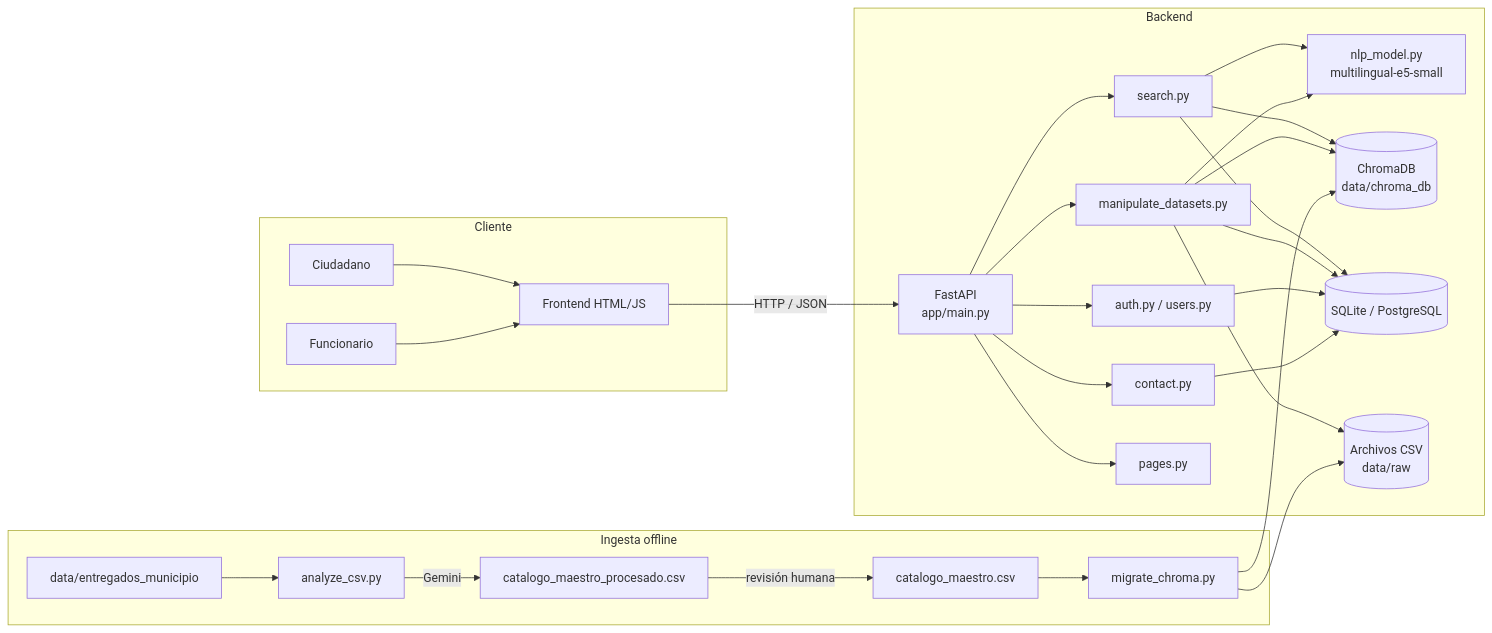
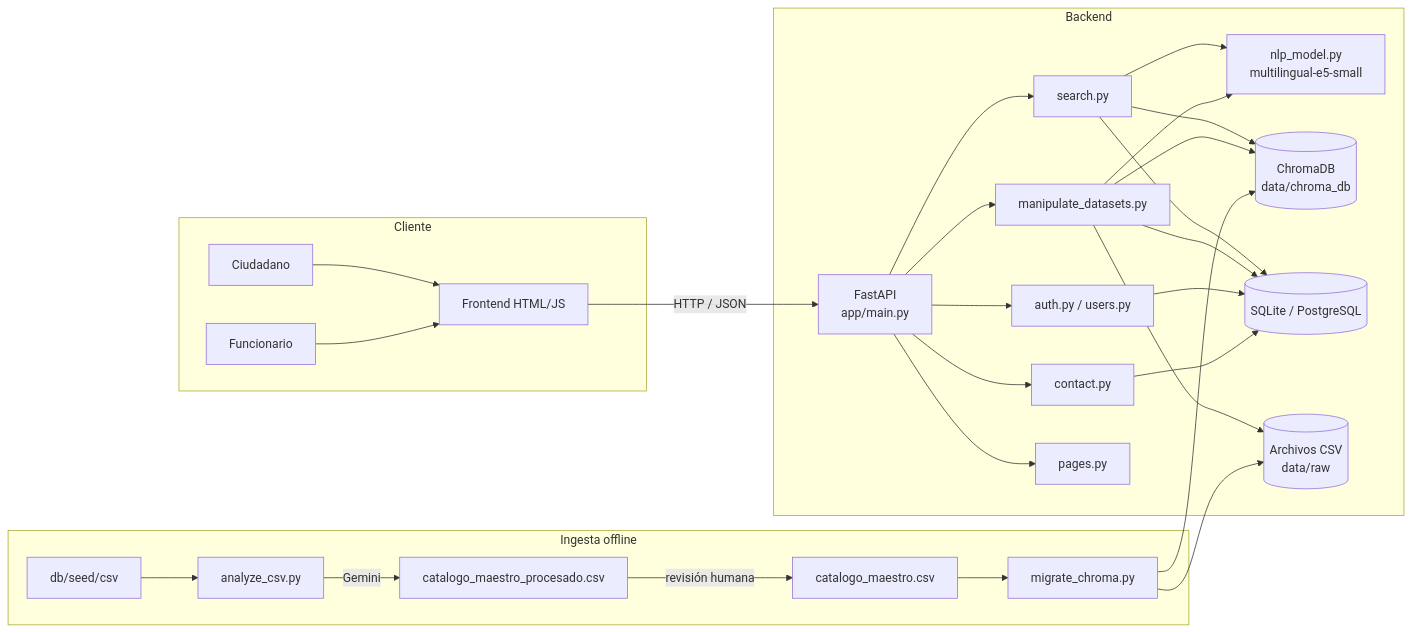
One commit to FMarin2401/buscador_semantico_datasets_gubernamental changed the first of 4 diagrams in docs/Documentación_Técnica_Buscador.md. Above: the diagram before and after it, drawn with Mermaid. The commit also changed other lines of this file and 122 other files, not shown here.

````diff
--- a/docs/Documentación_Técnica_Buscador.md
+++ b/docs/Documentación_Técnica_Buscador.md
@@ -65,28 +65,28 @@
 ```mermaid
 flowchart LR
     subgraph Cliente
         U[Ciudadano] --> FE[Frontend HTML/JS]
         A[Funcionario] --> FE
     end
 
     FE -->|HTTP / JSON| API[FastAPI<br/>app/main.py]
 
     subgraph Backend
         API --> R1[search.py]
         API --> R2[manipulate_datasets.py]
         API --> R3[auth.py / users.py]
         API --> R4[contact.py]
         API --> R5[pages.py]
         R1 & R2 --> NLP[nlp_model.py<br/>multilingual-e5-small]
         R1 & R2 --> CH[(ChromaDB<br/>data/chroma_db)]
         R1 & R2 & R3 & R4 --> SQL[(SQLite / PostgreSQL)]
         R2 --> FS[(Archivos CSV<br/>data/raw)]
     end
 
     subgraph Ingesta offline
-        CSV[data/entregados_municipio] --> S1[analyze_csv.py] -->|Gemini| CATG[catalogo_maestro_procesado.csv]
+        CSV[db/seed/csv] --> S1[analyze_csv.py] -->|Gemini| CATG[catalogo_maestro_procesado.csv]
         CATG -->|revisión humana| CAT[catalogo_maestro.csv]
         CAT --> S2[migrate_chroma.py] --> CH
         S2 --> FS
     end
 ```
````
